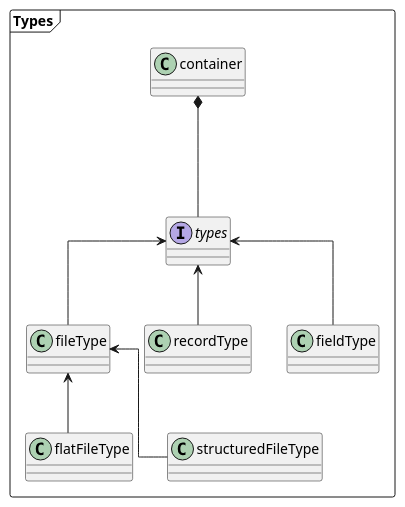
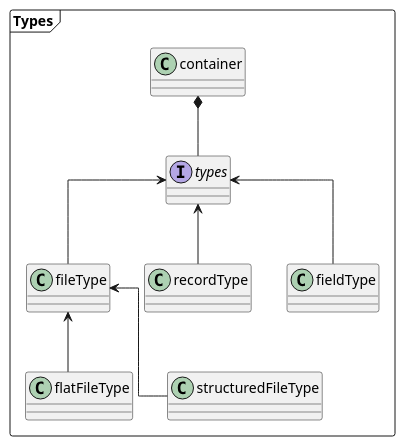
The diagram in usage/aspirations/umls/uml-type.puml (joergen-vs/73027c42-c2cd-4c62-b1f4-2532c0eb8dab), drawn with PlantUML before and after one commit. The commit also changed 3 other files, not shown here.

```diff
--- a/usage/aspirations/umls/uml-type.puml
+++ b/usage/aspirations/umls/uml-type.puml
@@ -1,17 +1,17 @@
 @startuml
 skinparam linetype polyline
 skinparam linetype ortho
 
 package "Types" <<Frame>> {
 interface types
 
-container *--- types
+container *-- types
 types <-- fileType
 types <-- recordType
 types <-- fieldType
 
 fileType <-- flatFileType
 fileType <-- structuredFileType
 }
 
 @enduml
```
